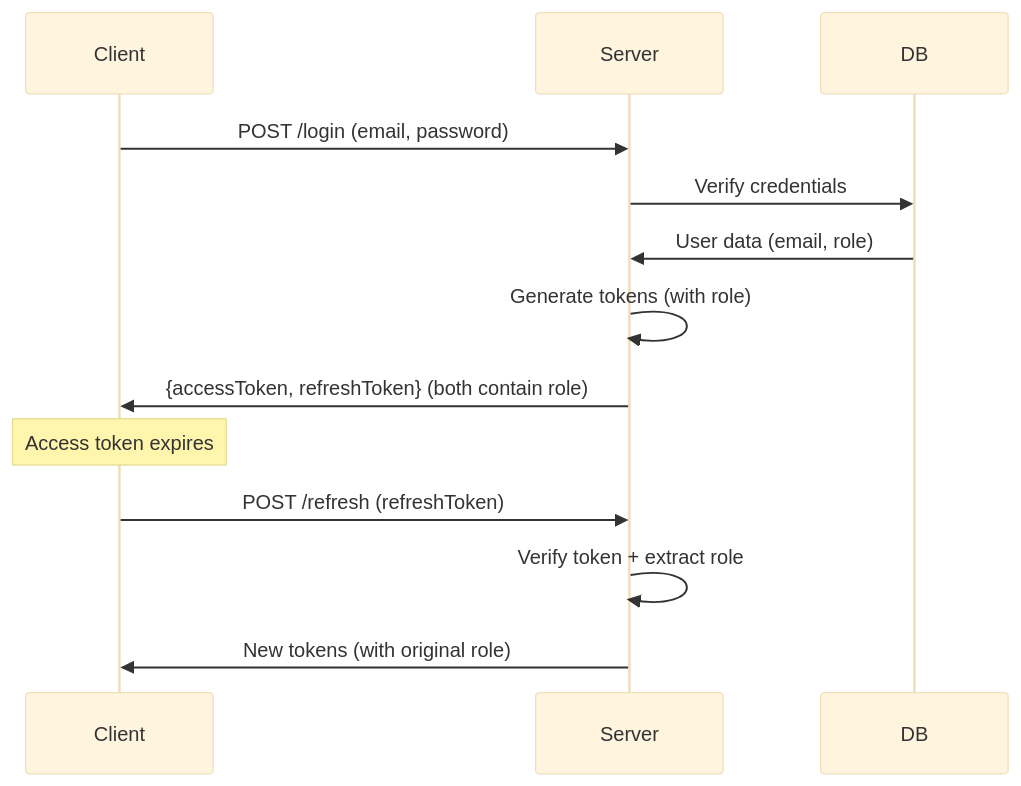
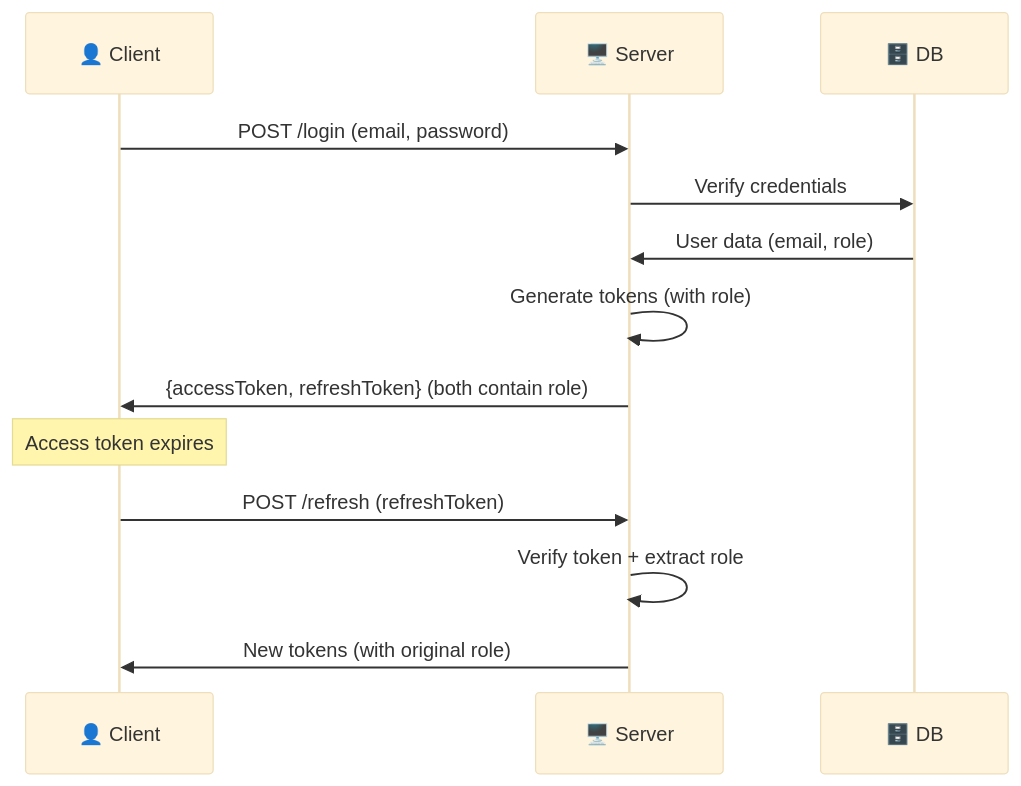
One commit to subburathinam-M/JWT-Token changed the second of 3 diagrams in README.md. Above: the diagram before and after it, drawn with Mermaid (base theme). The commit also changed other lines of this file, not shown here.

````diff
--- a/README.md
+++ b/README.md
@@ -211,13 +211,13 @@
 ```mermaid
 sequenceDiagram
-    Client->>Server: POST /login (email, password)
-    Server->>DB: Verify credentials
-    DB->>Server: User data (email, role)
-    Server->>Server: Generate tokens (with role)
-    Server->>Client: {accessToken, refreshToken} (both contain role)
+    👤 Client->>🖥️ Server: POST /login (email, password)
+    🖥️ Server->>🗄️ DB: Verify credentials
+    🗄️ DB->>🖥️ Server: User data (email, role)
+    🖥️ Server->>🖥️ Server: Generate tokens (with role)
+    🖥️ Server->>👤 Client: {accessToken, refreshToken} (both contain role)
 
-    Note over Client: Access token expires
-    Client->>Server: POST /refresh (refreshToken)
-    Server->>Server: Verify token + extract role
-    Server->>Client: New tokens (with original role)
+    Note over 👤 Client: Access token expires
+    👤 Client->>🖥️ Server: POST /refresh (refreshToken)
+    🖥️ Server->>🖥️ Server: Verify token + extract role
+    🖥️ Server->>👤 Client: New tokens (with original role)
 ```
````
